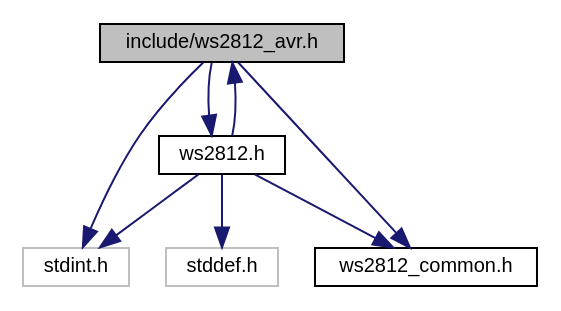
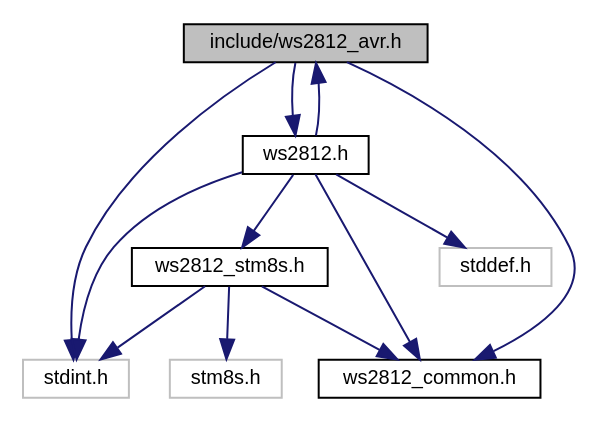
Before and after one commit to CTXz/TinyWS2812: the diagram in docs/ws2812__avr_8h__incl.dot, drawn with Graphviz. The commit also changed 169 other files, not shown here.

```diff
--- a/docs/ws2812__avr_8h__incl.dot
+++ b/docs/ws2812__avr_8h__incl.dot
@@ -1,18 +1,24 @@
 digraph "include/ws2812_avr.h"
 {
  // LATEX_PDF_SIZE
   edge [fontname="Helvetica",fontsize="10",labelfontname="Helvetica",labelfontsize="10"];
   node [fontname="Helvetica",fontsize="10",shape=record];
   Node1 [label="include/ws2812_avr.h",height=0.2,width=0.4,color="black", fillcolor="grey75", style="filled", fontcolor="black",tooltip="Provides AVR platform specific definitions."];
   Node1 -> Node2 [color="midnightblue",fontsize="10",style="solid",fontname="Helvetica"];
   Node2 [label="stdint.h",height=0.2,width=0.4,color="grey75", fillcolor="white", style="filled",tooltip=" "];
   Node1 -> Node3 [color="midnightblue",fontsize="10",style="solid",fontname="Helvetica"];
   Node3 [label="ws2812_common.h",height=0.2,width=0.4,color="black", fillcolor="white", style="filled",URL="$ws2812__common_8h.html",tooltip="Definitions required by all platform specific headers."];
   Node1 -> Node4 [color="midnightblue",fontsize="10",style="solid",fontname="Helvetica"];
   Node4 [label="ws2812.h",height=0.2,width=0.4,color="black", fillcolor="white", style="filled",URL="$ws2812_8h.html",tooltip="Exposes the Tiny-WS2812 library interface."];
   Node4 -> Node1 [color="midnightblue",fontsize="10",style="solid",fontname="Helvetica"];
   Node4 -> Node5 [color="midnightblue",fontsize="10",style="solid",fontname="Helvetica"];
-  Node5 [label="stddef.h",height=0.2,width=0.4,color="grey75", fillcolor="white", style="filled",tooltip=" "];
+  Node5 [label="ws2812_stm8s.h",height=0.2,width=0.4,color="black", fillcolor="white", style="filled",URL="$ws2812__stm8s_8h.html",tooltip="Provides STM8S platform specific definitions."];
+  Node5 -> Node6 [color="midnightblue",fontsize="10",style="solid",fontname="Helvetica"];
+  Node6 [label="stm8s.h",height=0.2,width=0.4,color="grey75", fillcolor="white", style="filled",tooltip=" "];
+  Node5 -> Node2 [color="midnightblue",fontsize="10",style="solid",fontname="Helvetica"];
+  Node5 -> Node3 [color="midnightblue",fontsize="10",style="solid",fontname="Helvetica"];
+  Node4 -> Node7 [color="midnightblue",fontsize="10",style="solid",fontname="Helvetica"];
+  Node7 [label="stddef.h",height=0.2,width=0.4,color="grey75", fillcolor="white", style="filled",tooltip=" "];
   Node4 -> Node2 [color="midnightblue",fontsize="10",style="solid",fontname="Helvetica"];
   Node4 -> Node3 [color="midnightblue",fontsize="10",style="solid",fontname="Helvetica"];
 }
```
